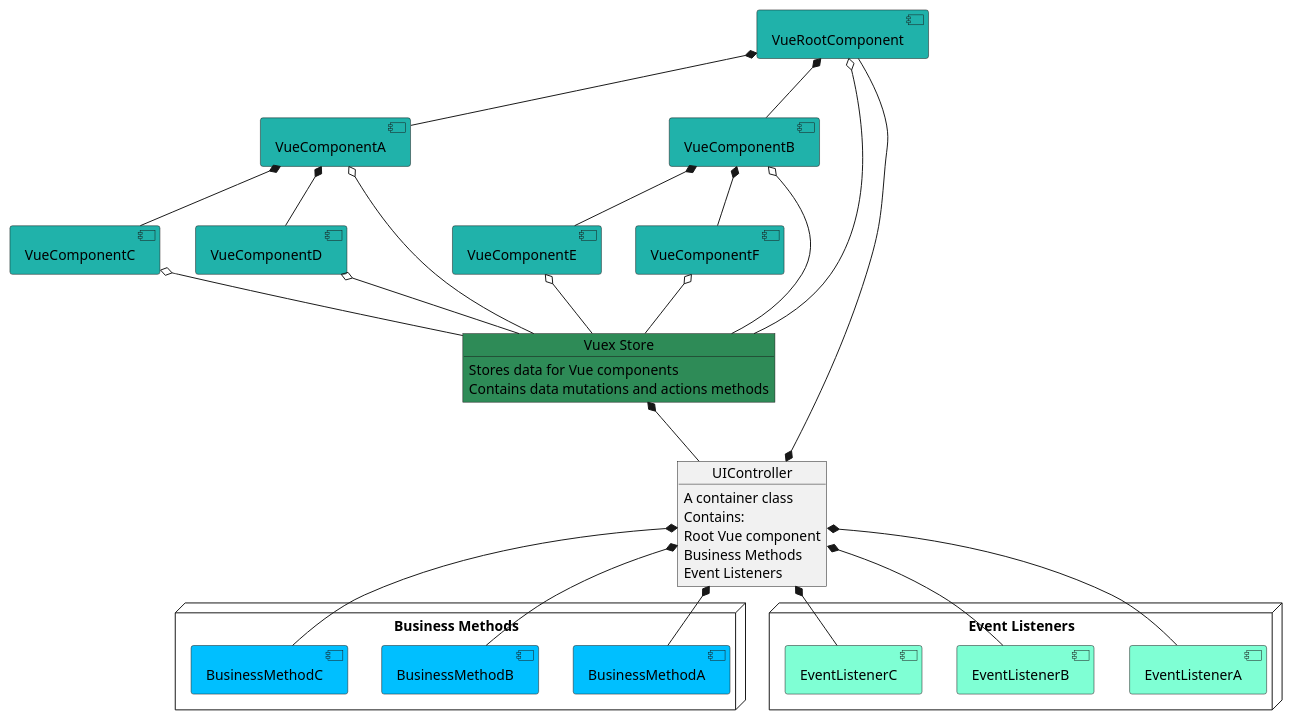
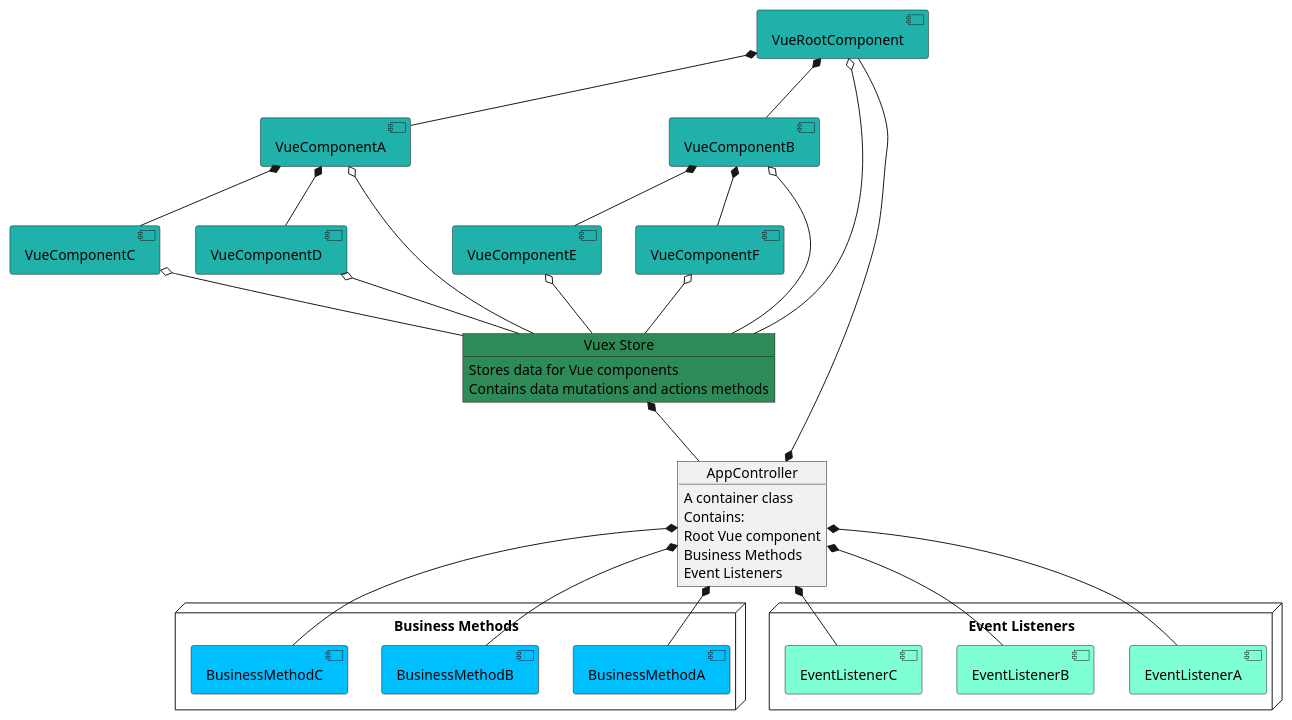
One commit to alpheios-project/documentation changed the diagram in development/app-architecture/ui-controller-architecture.puml. Above: the diagram before and after it, drawn with PlantUML. The commit also changed 15 other files, not shown here.

```diff
--- a/development/app-architecture/ui-controller-architecture.puml
+++ b/development/app-architecture/ui-controller-architecture.puml
@@ -1,88 +1,88 @@
 @startuml
-object UIController {
+object AppController {
     A container class
     Contains:
     Root Vue component
     Business Methods
     Event Listeners
 
 
 }
 
 object "Vuex Store" as VuexStore #seagreen {
     Stores data for Vue components
     Contains data mutations and actions methods
 }
 
 component VueRootComponent #lightseagreen {
 }
 
 component VueComponentA #lightseagreen{
 }
 
 component VueComponentB #lightseagreen {
 }
 
 component VueComponentC #lightseagreen {
 }
 
 component VueComponentD #lightseagreen {
 }
 
 component VueComponentE #lightseagreen {
 }
 
 component VueComponentF #lightseagreen {
 }
 
 node "Business Methods" {
     component BusinessMethodA #deepskyblue {
     }
 
     component BusinessMethodB #deepskyblue {
     }
 
     component BusinessMethodC #deepskyblue {
     }
 }
 
 node "Event Listeners" {
     component EventListenerA #aquamarine {
     }
 
     component EventListenerB #aquamarine {
     }
 
     component EventListenerC #aquamarine {
     }
 }
 
 
-VuexStore *-- UIController
+VuexStore *-- AppController
 
-UIController *-- BusinessMethodA
-UIController *-- BusinessMethodB
-UIController *-- BusinessMethodC
+AppController *-- BusinessMethodA
+AppController *-- BusinessMethodB
+AppController *-- BusinessMethodC
 
-UIController *-- EventListenerA
-UIController *-- EventListenerB
-UIController *-- EventListenerC
+AppController *-- EventListenerA
+AppController *-- EventListenerB
+AppController *-- EventListenerC
 
-UIController *-- VueRootComponent
+AppController *-- VueRootComponent
 VueRootComponent *-- VueComponentA
 VueRootComponent *-- VueComponentB
 
 VueComponentA *-- VueComponentC
 VueComponentA *-- VueComponentD
 VueComponentB *-- VueComponentE
 VueComponentB *-- VueComponentF
 
 VueRootComponent o-- VuexStore
 VueComponentA o-- VuexStore
 VueComponentB o-- VuexStore
 VueComponentC o-- VuexStore
 VueComponentD o-- VuexStore
 VueComponentE o-- VuexStore
 VueComponentF o-- VuexStore
 
 @enduml
```
